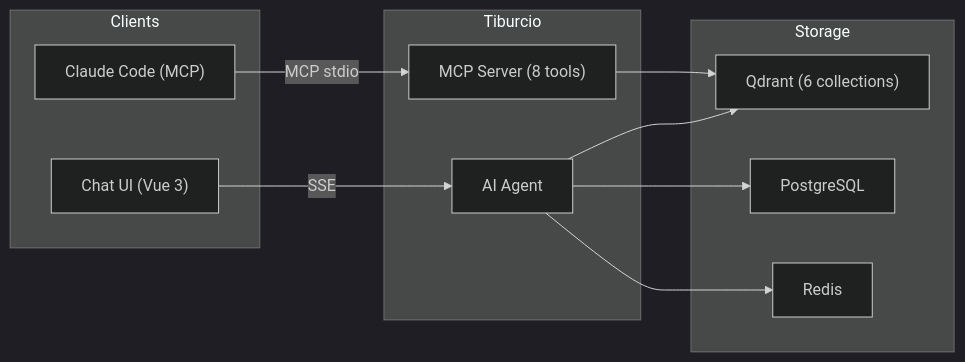
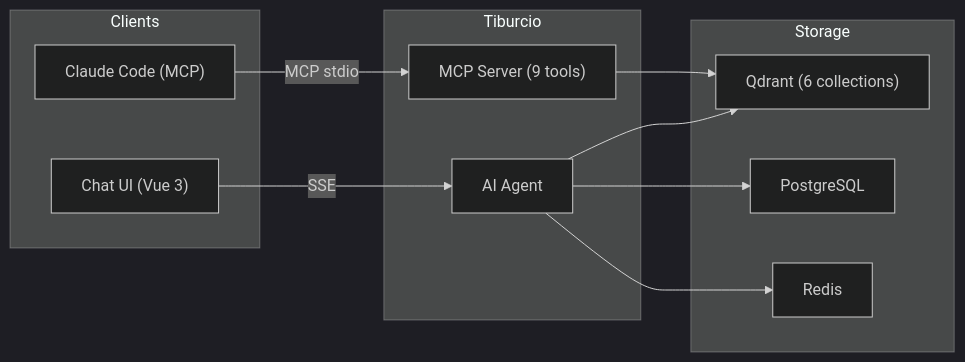
The first of 2 diagrams in README.md (JoaoMorais03/Tiburcio), drawn with Mermaid (dark theme) before and after one commit. The commit also changed other lines of this file and 7 other files, not shown here.

````diff
--- a/README.md
+++ b/README.md
@@ -57,23 +57,23 @@
 ```mermaid
 graph LR
     subgraph Clients
         CC["Claude Code (MCP)"]
         UI["Chat UI (Vue 3)"]
     end
 
     subgraph Tiburcio
-        MCP["MCP Server (8 tools)"]
+        MCP["MCP Server (9 tools)"]
         Agent["AI Agent"]
     end
 
     subgraph Storage
         Qdrant["Qdrant (6 collections)"]
         PG["PostgreSQL"]
         Redis["Redis"]
     end
 
     CC -- MCP stdio --> MCP --> Qdrant
     UI -- SSE --> Agent --> Qdrant
     Agent --> PG
     Agent --> Redis
 ```
````
